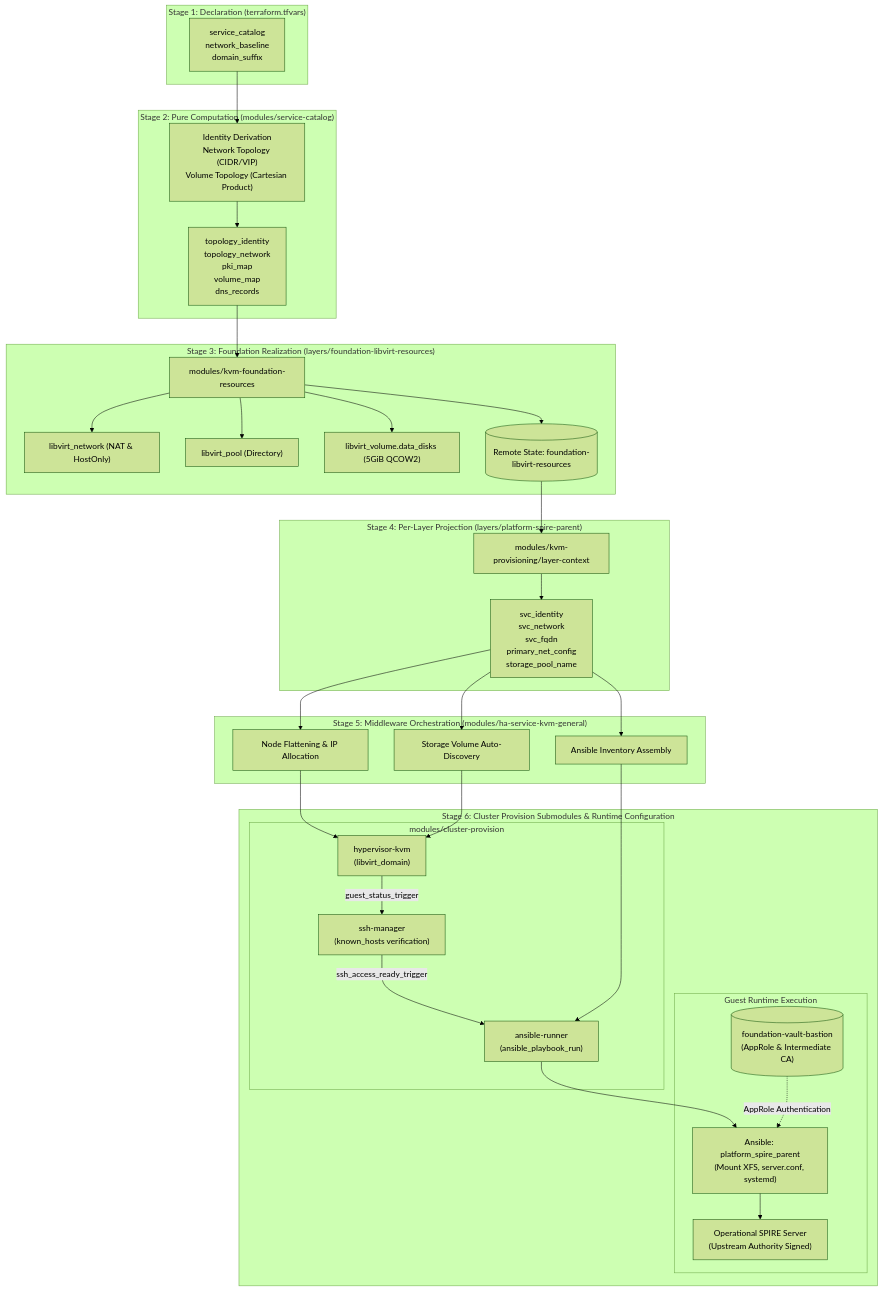
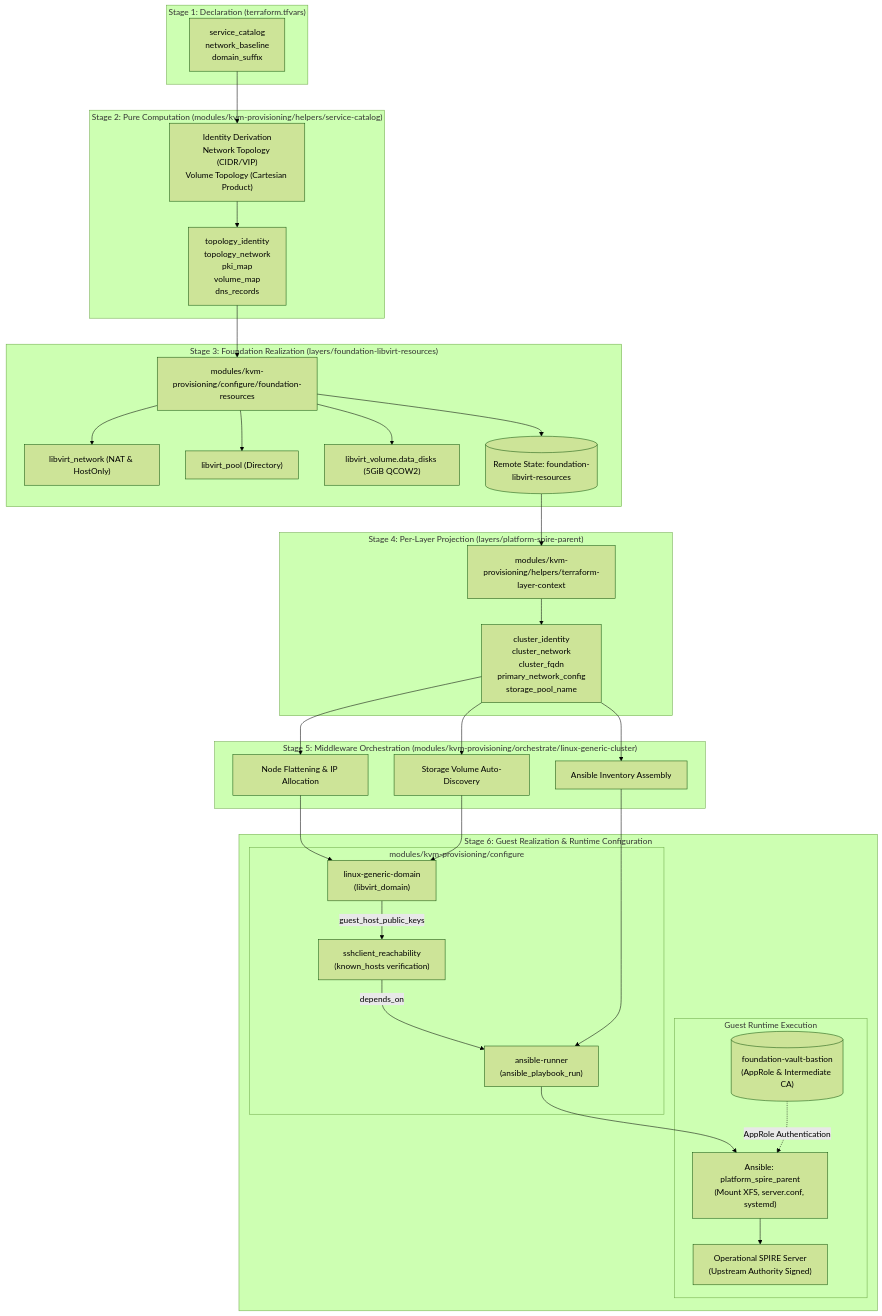
The first of 3 diagrams in documentation/architecture/kvm-provisioning-pipeline.md (csning1998/meta-platform), drawn with Mermaid (forest theme) before and after one commit. The commit also changed other lines of this file and 85 other files, not shown here.

First line of the commit message:
refactor(kvm): split kvm-provisioning into configure, orchestrate, and helpers

````diff
--- a/documentation/architecture/kvm-provisioning-pipeline.md
+++ b/documentation/architecture/kvm-provisioning-pipeline.md
@@ -18,61 +18,61 @@
 ```mermaid
 flowchart TD
     subgraph S1 ["Stage 1: Declaration (terraform.tfvars)"]
         SC_VARS["service_catalog\nnetwork_baseline\ndomain_suffix"]
     end
 
-    subgraph S2 ["Stage 2: Pure Computation (modules/service-catalog)"]
+    subgraph S2 ["Stage 2: Pure Computation (modules/kvm-provisioning/helpers/service-catalog)"]
         SC_LOC["Identity Derivation\nNetwork Topology (CIDR/VIP)\nVolume Topology (Cartesian Product)"]
         SC_OUT["topology_identity\ntopology_network\npki_map\nvolume_map\ndns_records"]
     end
 
     subgraph S3 ["Stage 3: Foundation Realization (layers/foundation-libvirt-resources)"]
-        KVM_FOUND["modules/kvm-foundation-resources"]
+        KVM_FOUND["modules/kvm-provisioning/configure/foundation-resources"]
         RES_NET["libvirt_network (NAT & HostOnly)"]
         RES_POOL["libvirt_pool (Directory)"]
         RES_VOL["libvirt_volume.data_disks (5GiB QCOW2)"]
         FOUND_STATE[("Remote State: foundation-libvirt-resources")]
     end
 
     subgraph S4 ["Stage 4: Per-Layer Projection (layers/platform-spire-parent)"]
-        LC_MOD["modules/kvm-provisioning/layer-context"]
-        LC_OUT["svc_identity\nsvc_network\nsvc_fqdn\nprimary_net_config\nstorage_pool_name"]
+        LC_MOD["modules/kvm-provisioning/helpers/terraform-layer-context"]
+        LC_OUT["cluster_identity\ncluster_network\ncluster_fqdn\nprimary_network_config\nstorage_pool_name"]
     end
 
-    subgraph S5 ["Stage 5: Middleware Orchestration (modules/ha-service-kvm-general)"]
+    subgraph S5 ["Stage 5: Middleware Orchestration (modules/kvm-provisioning/orchestrate/linux-generic-cluster)"]
         FLAT["Node Flattening & IP Allocation"]
         VOL_DISC["Storage Volume Auto-Discovery"]
         INV_GEN["Ansible Inventory Assembly"]
     end
 
-    subgraph S6 ["Stage 6: Cluster Provision Submodules & Runtime Configuration"]
-        subgraph CP ["modules/cluster-provision"]
-            HKVM["hypervisor-kvm\n(libvirt_domain)"]
-            SSHM["ssh-manager\n(known_hosts verification)"]
+    subgraph S6 ["Stage 6: Guest Realization & Runtime Configuration"]
+        subgraph CP ["modules/kvm-provisioning/configure"]
+            HKVM["linux-generic-domain\n(libvirt_domain)"]
+            SSHM["sshclient_reachability\n(known_hosts verification)"]
             ARUN["ansible-runner\n(ansible_playbook_run)"]
         end
         subgraph RUNTIME ["Guest Runtime Execution"]
             VAULT_PKI[("foundation-vault-bastion\n(AppRole & Intermediate CA)")]
             ANS_ROLE["Ansible: platform_spire_parent\n(Mount XFS, server.conf, systemd)"]
             SPIRE_RUN["Operational SPIRE Server\n(Upstream Authority Signed)"]
         end
     end
 
     SC_VARS --> SC_LOC --> SC_OUT
     SC_OUT --> KVM_FOUND
     KVM_FOUND --> RES_NET & RES_POOL & RES_VOL
     KVM_FOUND --> FOUND_STATE
 
     FOUND_STATE --> LC_MOD
     LC_MOD --> LC_OUT
     LC_OUT --> FLAT & VOL_DISC & INV_GEN
 
     FLAT & VOL_DISC --> HKVM
-    HKVM -->|guest_status_trigger| SSHM
-    SSHM -->|ssh_access_ready_trigger| ARUN
+    HKVM -->|guest_host_public_keys| SSHM
+    SSHM -->|depends_on| ARUN
     INV_GEN --> ARUN
 
     ARUN --> ANS_ROLE
     VAULT_PKI -.->|AppRole Authentication| ANS_ROLE
     ANS_ROLE --> SPIRE_RUN
 ```
````
